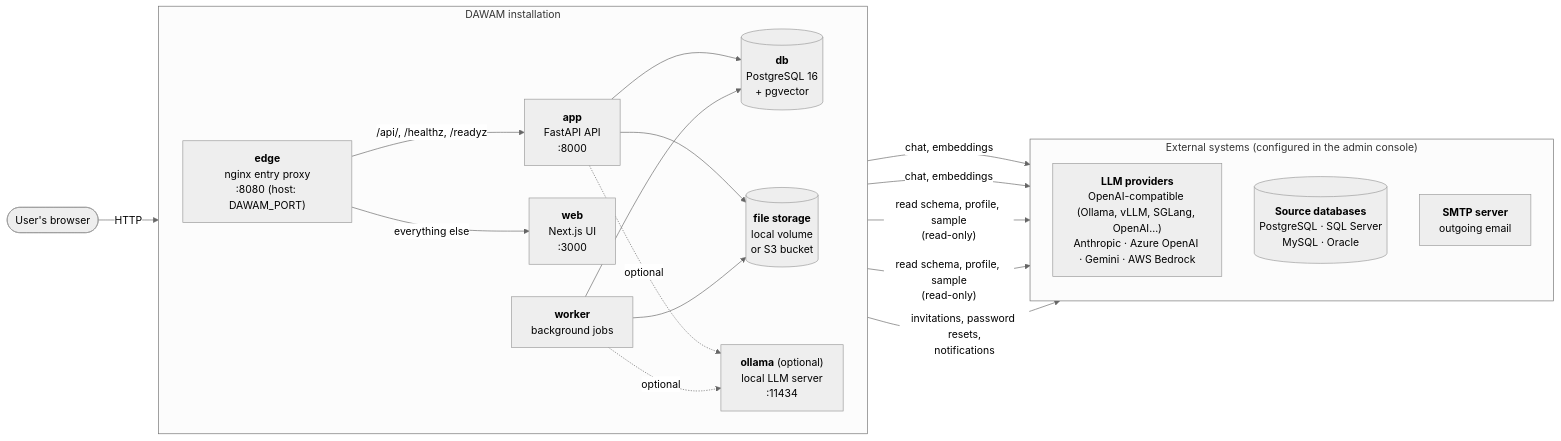
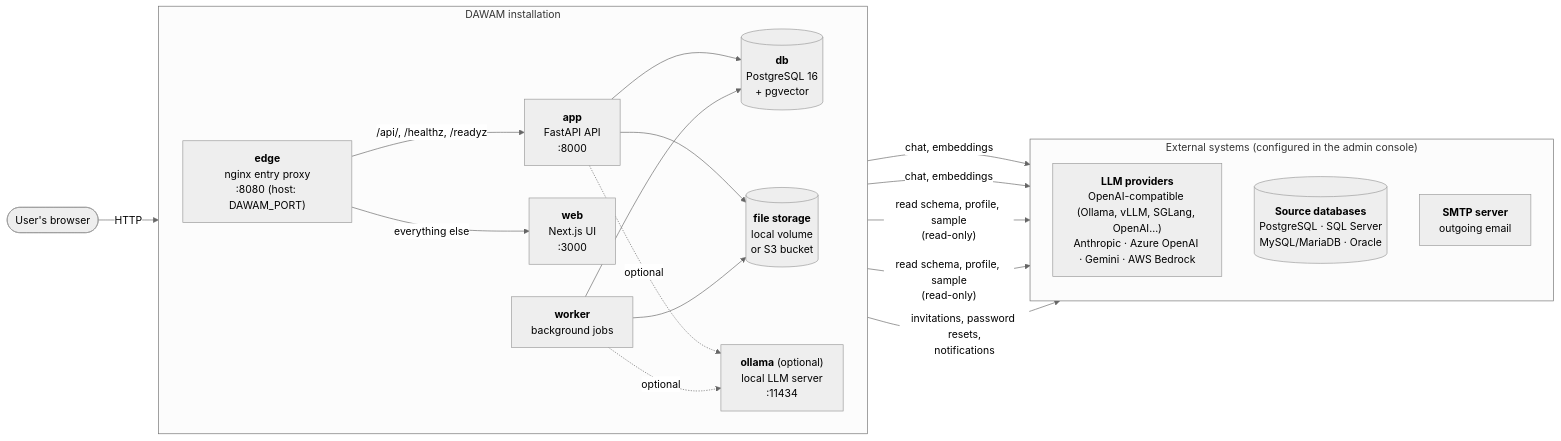
Before and after one commit to EslamAlaaZaki/dawam: the diagram in deploy/README.md, drawn with Mermaid (neutral theme). The commit also changed other lines of this file and 15 other files, not shown here.

````diff
--- a/deploy/README.md
+++ b/deploy/README.md
@@ -21,41 +21,41 @@
 ```mermaid
 flowchart LR
     user(["User's browser"])
 
     subgraph dawam["DAWAM installation"]
         direction LR
         edge["<b>edge</b><br/>nginx entry proxy<br/>:8080 (host: DAWAM_PORT)"]
         web["<b>web</b><br/>Next.js UI<br/>:3000"]
         app["<b>app</b><br/>FastAPI API<br/>:8000"]
         worker["<b>worker</b><br/>background jobs"]
         db[("<b>db</b><br/>PostgreSQL 16<br/>+ pgvector")]
         files[("<b>file storage</b><br/>local volume<br/>or S3 bucket")]
         ollama["<b>ollama</b> (optional)<br/>local LLM server<br/>:11434"]
     end
 
     subgraph external["External systems (configured in the admin console)"]
         direction TB
         llm["<b>LLM providers</b><br/>OpenAI-compatible (Ollama, vLLM, SGLang, OpenAI…)<br/>Anthropic · Azure OpenAI · Gemini · AWS Bedrock"]
-        sources[("<b>Source databases</b><br/>PostgreSQL · SQL Server<br/>MySQL · Oracle")]
+        sources[("<b>Source databases</b><br/>PostgreSQL · SQL Server<br/>MySQL/MariaDB · Oracle")]
         smtp["<b>SMTP server</b><br/>outgoing email"]
     end
 
     user -- "HTTP" --> edge
     edge -- "/api/, /healthz, /readyz" --> app
     edge -- "everything else" --> web
 
     app --> db
     worker --> db
     app --> files
     worker --> files
 
     app -- "chat, embeddings" --> llm
     worker -- "chat, embeddings" --> llm
     app -. "optional" .-> ollama
     worker -. "optional" .-> ollama
 
     app -- "read schema, profile, sample<br/>(read-only)" --> sources
     worker -- "read schema, profile, sample<br/>(read-only)" --> sources
 
     app -- "invitations, password resets,<br/>notifications" --> smtp
 ```
````
